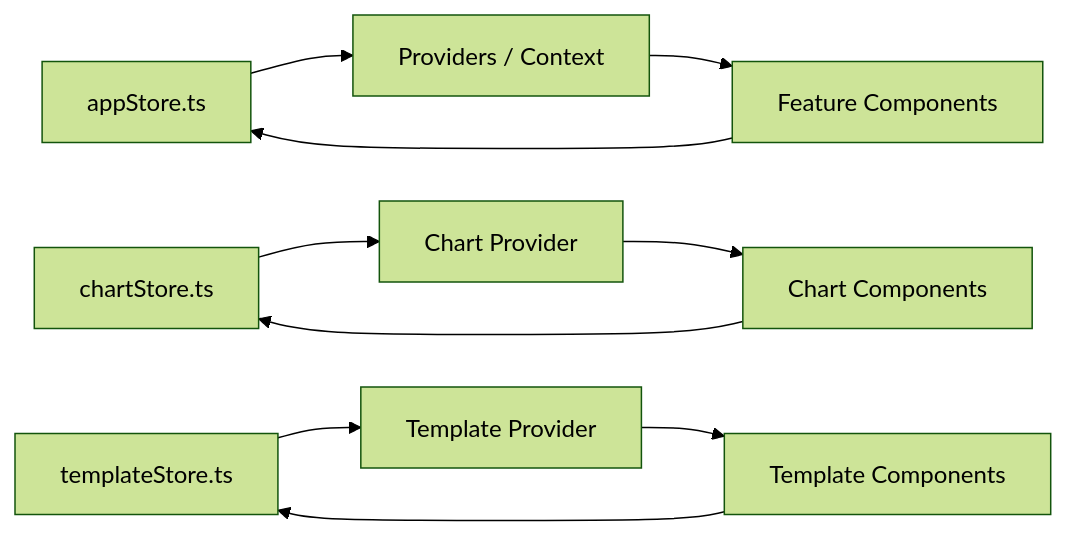
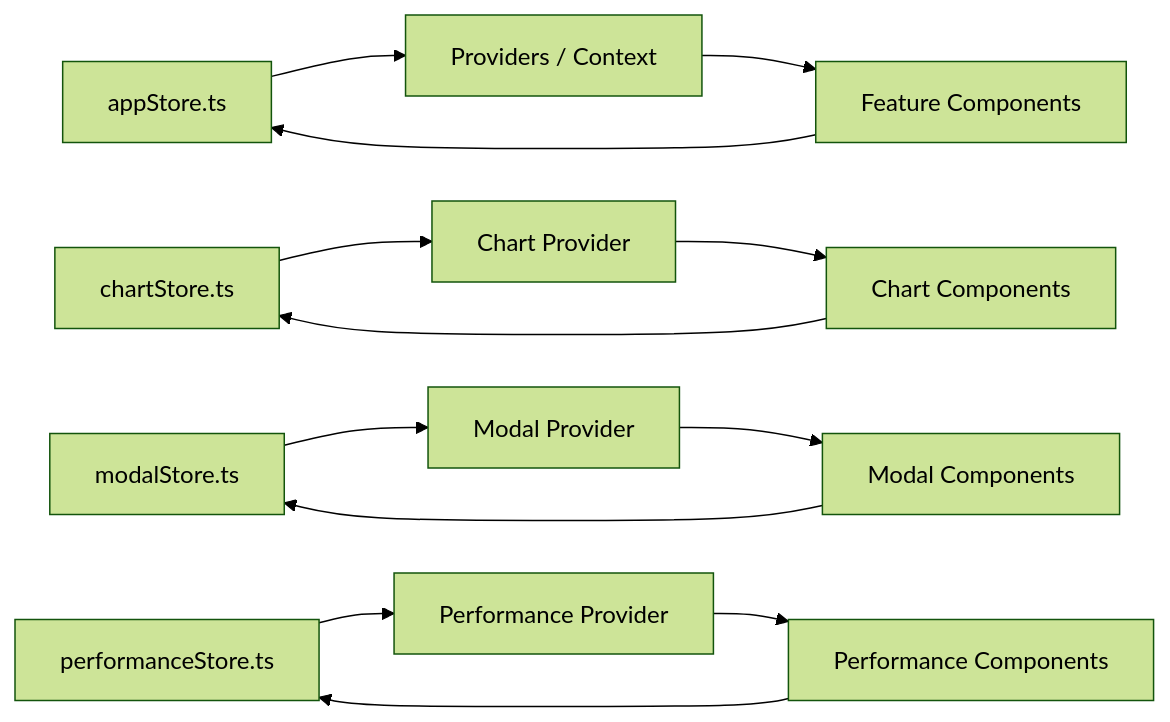
Before and after one commit to franckylab/eLISAschool: diagram 12 of 14 in .qoder/repowiki/en/content/System Architecture/Frontend Architecture/Component Architecture/Component Architecture.md, drawn with Mermaid (forest theme). The commit also changed other lines of this file and 97 other files, not shown here.

````diff
--- a/.qoder/repowiki/en/content/System Architecture/Frontend Architecture/Component Architecture/Component Architecture.md
+++ b/.qoder/repowiki/en/content/System Architecture/Frontend Architecture/Component Architecture/Component Architecture.md
@@ -700,12 +911,15 @@
 ```mermaid
 graph LR
 Store["appStore.ts"] --> Provider["Providers / Context"]
 ChartStore["chartStore.ts"] --> ChartProvider["Chart Provider"]
-TemplateStore["templateStore.ts"] --> TemplateProvider["Template Provider"]
+ModalStore["modalStore.ts"] --> ModalProvider["Modal Provider"]
+PerfStore["performanceStore.ts"] --> PerfProvider["Performance Provider"]
 Provider --> Components["Feature Components"]
 ChartProvider --> ChartComponents["Chart Components"]
-TemplateProvider --> TemplateComponents["Template Components"]
+ModalProvider --> ModalComponents["Modal Components"]
+PerfProvider --> PerfComponents["Performance Components"]
 Components --> Store
 ChartComponents --> ChartStore
-TemplateComponents --> TemplateStore
+ModalComponents --> ModalStore
+PerfComponents --> PerfStore
 ```
````
